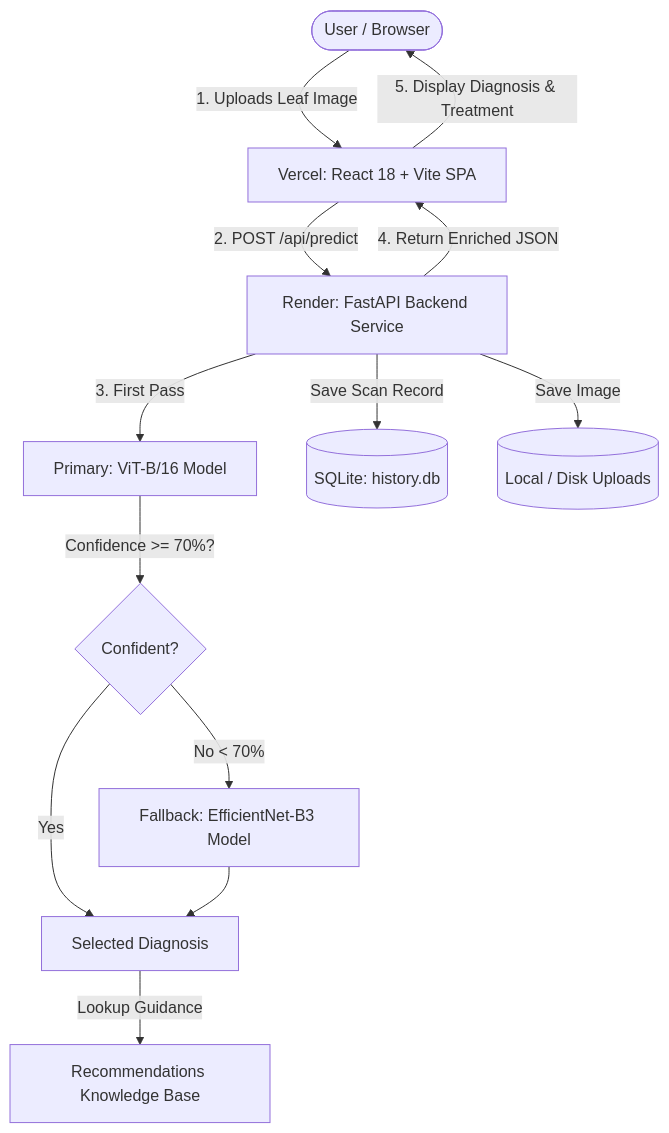
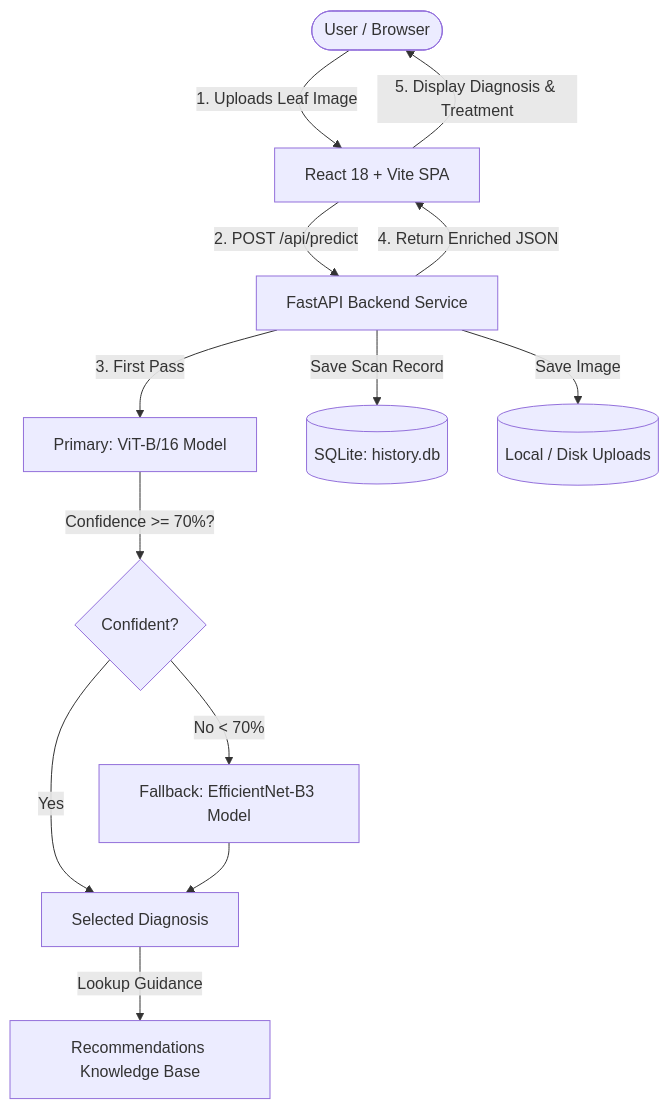
Before and after one commit to Dibendu094/CropDiseasesDetection: the diagram in README.md, drawn with Mermaid. The commit also changed other lines of this file and 9 other files, not shown here.

````diff
--- a/README.md
+++ b/README.md
@@ -69,24 +78,24 @@
 ```mermaid
 flowchart TD
     User([User / Browser])
-    Vercel[Vercel: React 18 + Vite SPA]
-    Render[Render: FastAPI Backend Service]
+    Web[React 18 + Vite SPA]
+    API[FastAPI Backend Service]
     ViT[Primary: ViT-B/16 Model]
     EffNet[Fallback: EfficientNet-B3 Model]
     DB[(SQLite: history.db)]
     Uploads[(Local / Disk Uploads)]
     RecStore[Recommendations Knowledge Base]
 
-    User -->|1. Uploads Leaf Image| Vercel
-    Vercel -->|2. POST /api/predict| Render
-    Render -->|3. First Pass| ViT
+    User -->|1. Uploads Leaf Image| Web
+    Web -->|2. POST /api/predict| API
+    API -->|3. First Pass| ViT
     ViT -->|Confidence >= 70%?| Decision{Confident?}
     Decision -->|Yes| Output[Selected Diagnosis]
     Decision -->|No < 70%| EffNet
     EffNet --> Output
     Output -->|Lookup Guidance| RecStore
-    Render -->|Save Scan Record| DB
-    Render -->|Save Image| Uploads
-    Render -->|4. Return Enriched JSON| Vercel
-    Vercel -->|5. Display Diagnosis & Treatment| User
+     API -->|Save Scan Record| DB
+     API -->|Save Image| Uploads
+     API -->|4. Return Enriched JSON| Web
+     Web -->|5. Display Diagnosis & Treatment| User
 ```
````
